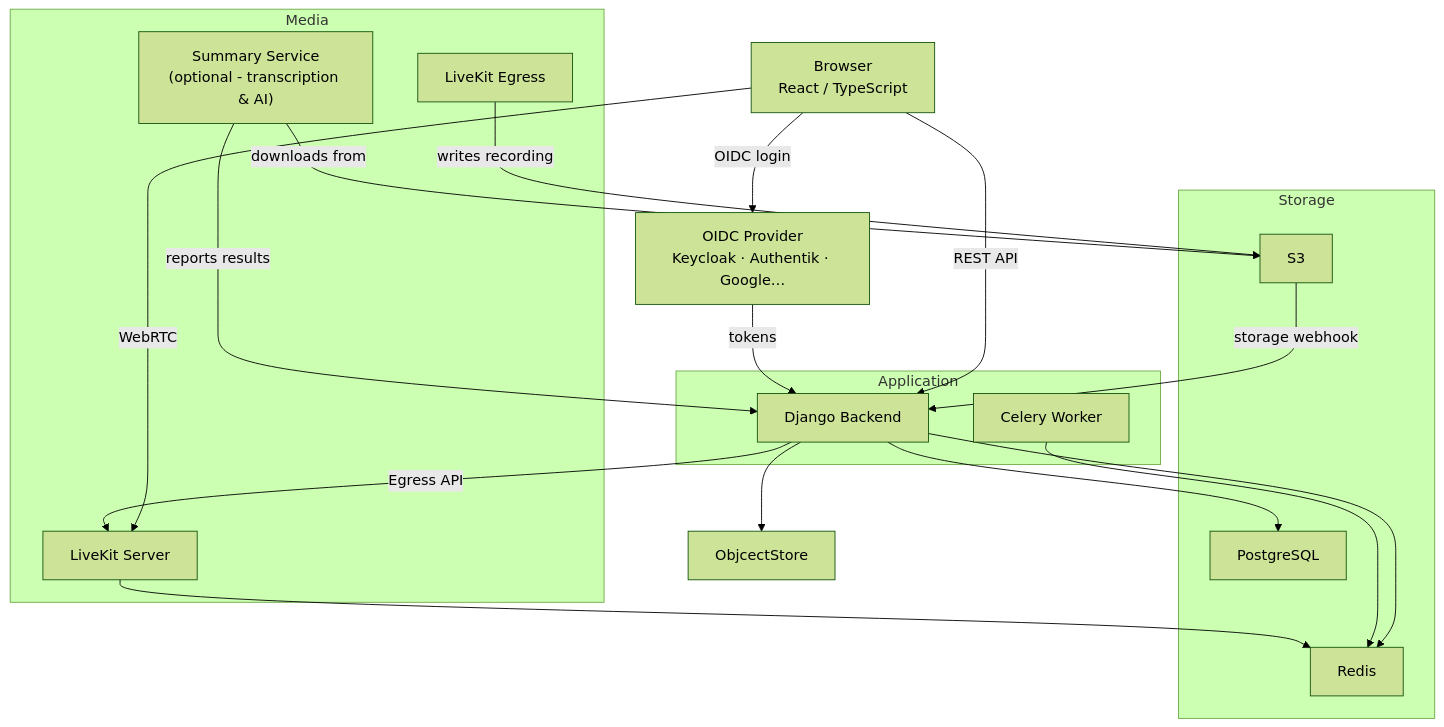
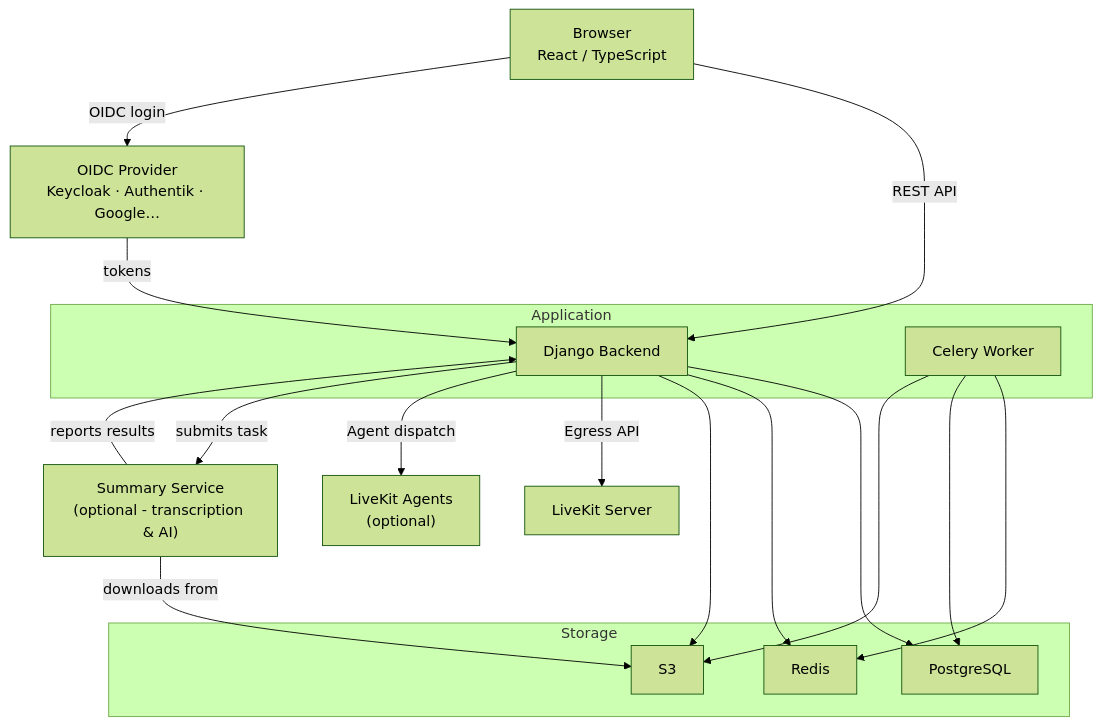
One commit to suitenumerique/meet changed the first of 4 diagrams in docs/overview/architecture.md. Above: the diagram before and after it, drawn with Mermaid (forest theme). The commit also changed other lines of this file and 4 other files, not shown here.

First line of the commit message:
📝(doc) update background and architecture documentation

````diff
--- a/docs/overview/architecture.md
+++ b/docs/overview/architecture.md
@@ -7,37 +11,35 @@
 ```mermaid
 graph TB
     Browser["Browser\nReact / TypeScript"]
     OIDC["OIDC Provider\nKeycloak · Authentik · Google…"]
 
     subgraph backend_layer["Application"]
         Backend["Django Backend"]
         Celery["Celery Worker"]
     end
 
-    subgraph media_layer["Media"]
-        LiveKit["LiveKit Server"]
-        Egress["LiveKit Egress"]
-        Summary["Summary Service\n(optional - transcription & AI)"]
-    end
+    LiveKit["LiveKit Server"]
+    Agents["LiveKit Agents\n(optional)"]
+    Summary["Summary Service\n(optional - transcription & AI)"]
 
     subgraph storage_layer["Storage"]
         PostgreSQL["PostgreSQL"]
         Redis["Redis"]
         ObjectStore["S3"]
     end
 
     Browser -->|REST API| Backend
-    Browser -->|WebRTC| LiveKit
     Browser -->|OIDC login| OIDC
     OIDC -->|tokens| Backend
     Backend --> PostgreSQL
     Backend --> Redis
+    Backend --> ObjectStore
     Backend -->|Egress API| LiveKit
-    Backend --> ObjcectStore
+    Backend -->|Agent dispatch| Agents
+    Backend -->|submits task| Summary
     Celery --> Redis
-    LiveKit --> Redis
-    Egress -->|writes recording| ObjectStore
-    ObjectStore -->|storage webhook| Backend
+    Celery --> PostgreSQL
+    Celery --> ObjectStore
     Summary -->|downloads from| ObjectStore
     Summary -->|reports results| Backend
 ```
````
